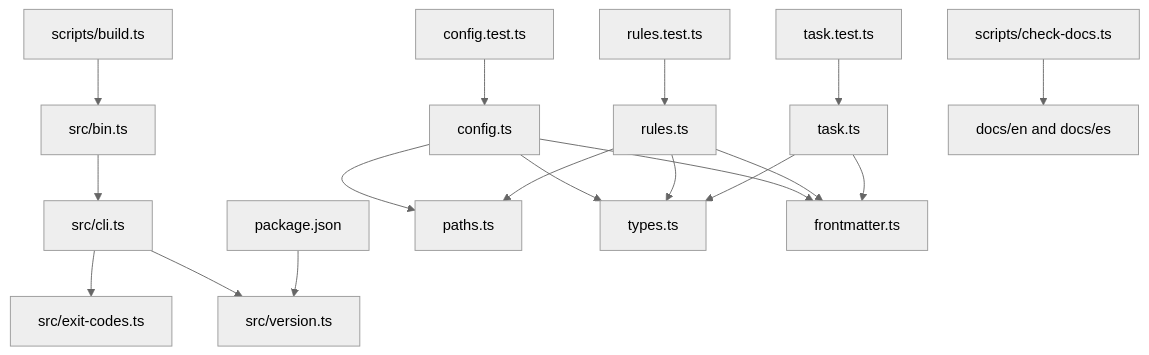
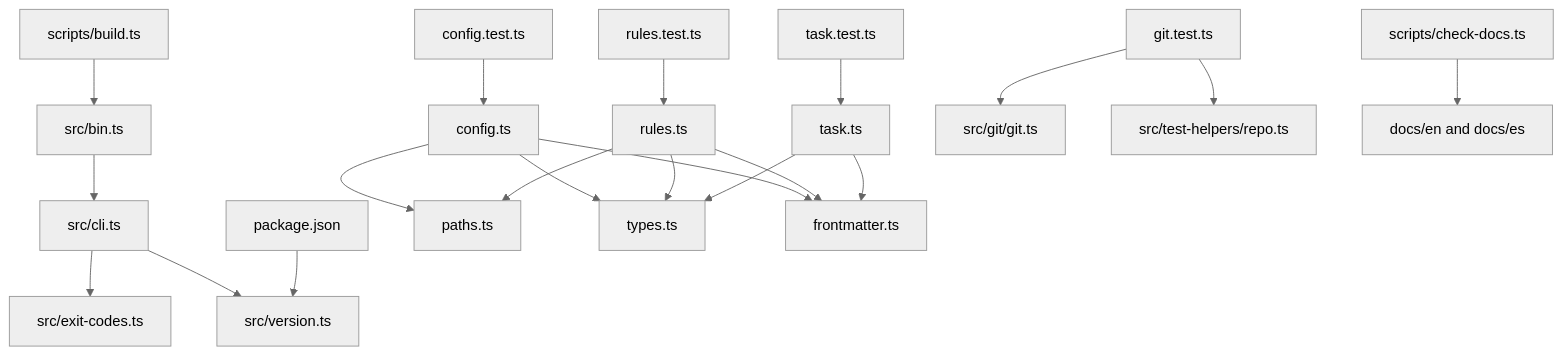
One commit to CodeLab614-AI/code-audit changed the diagram in docs/en/2-architecture/10-architecture.md. Above: the diagram before and after it, drawn with Mermaid (neutral theme). The commit also changed other lines of this file and 45 other files, not shown here.

````diff
--- a/docs/en/2-architecture/10-architecture.md
+++ b/docs/en/2-architecture/10-architecture.md
@@ -8,20 +8,22 @@
 ```mermaid
 flowchart TD
     bin["src/bin.ts"] --> cli["src/cli.ts"]
     cli --> codes["src/exit-codes.ts"]
     cli --> version["src/version.ts"]
     pkg["package.json"] --> version
     configTest["config.test.ts"] --> config["config.ts"]
     rulesTest["rules.test.ts"] --> rules["rules.ts"]
     taskTest["task.test.ts"] --> task["task.ts"]
     config --> paths["paths.ts"]
     config --> types["types.ts"]
     config --> frontmatter["frontmatter.ts"]
     rules --> paths
     rules --> types
     rules --> frontmatter
     task --> types
     task --> frontmatter
+    gitTest["git.test.ts"] --> git["src/git/git.ts"]
+    gitTest --> repoHelper["src/test-helpers/repo.ts"]
     build["scripts/build.ts"] --> bin
     docsCheck["scripts/check-docs.ts"] --> docs["docs/en and docs/es"]
 ```
````
